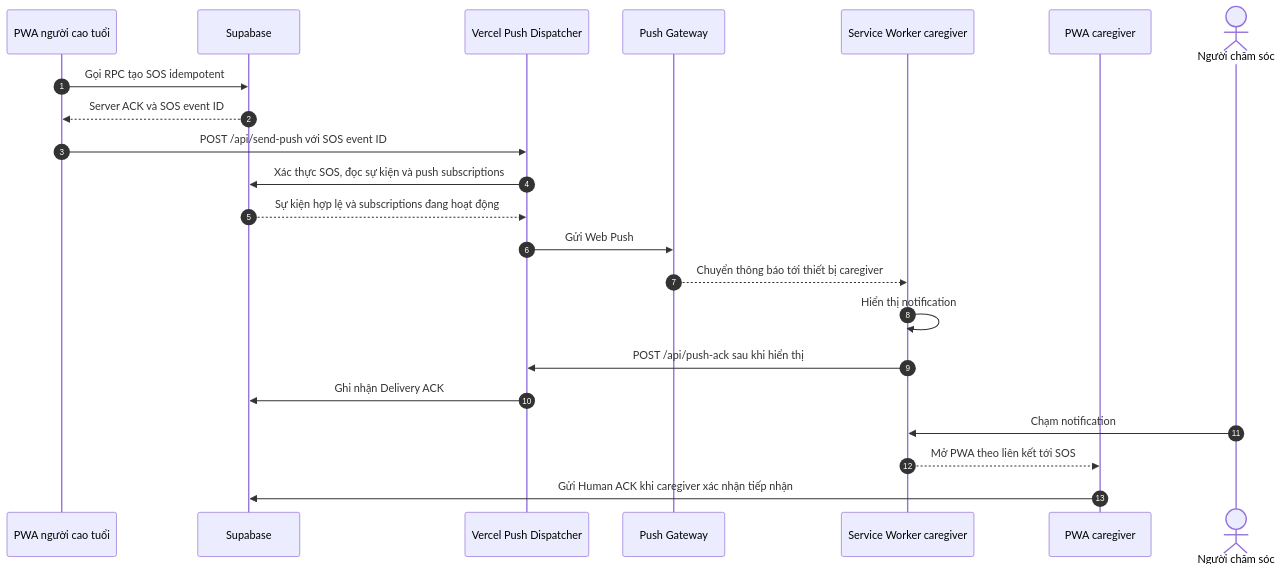
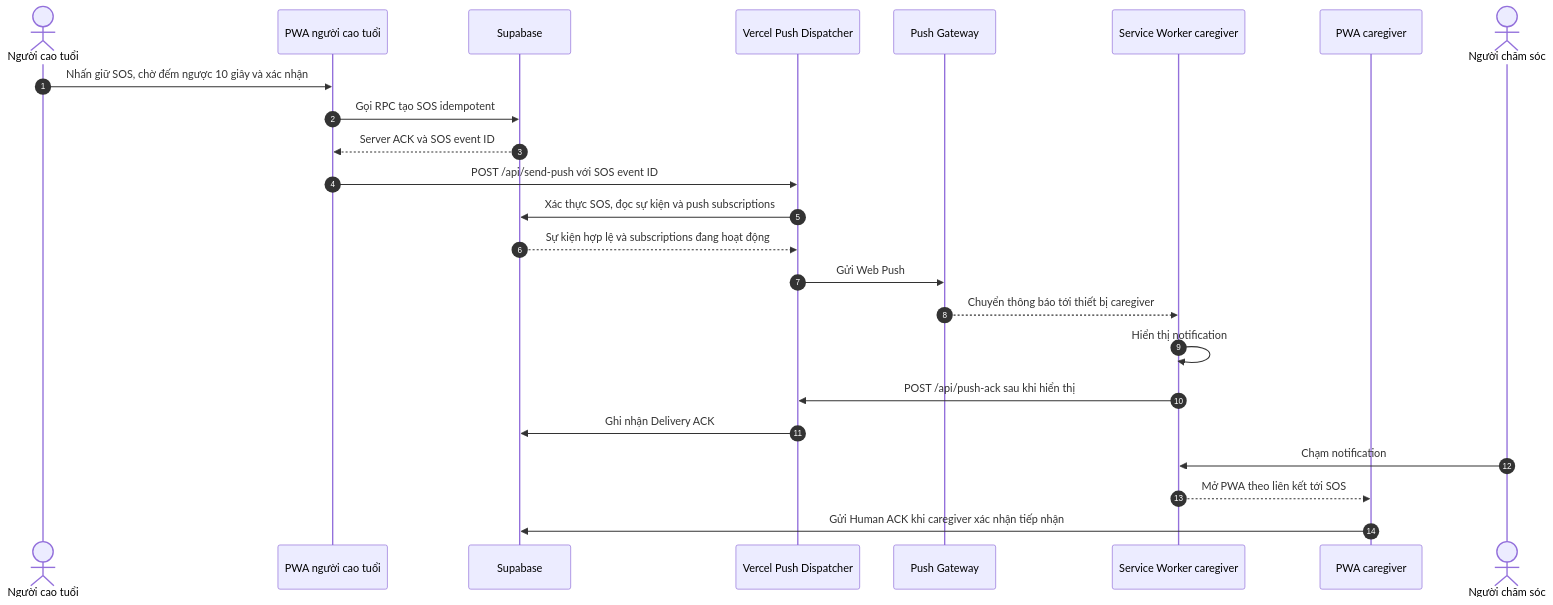
The first of 3 diagrams in README.md (pht1412/SafeCheck-App), drawn with Mermaid before and after one commit.

Commit message:
docs: show elderly SOS action in sequence diagram

````diff
--- a/README.md
+++ b/README.md
@@ -58,25 +58,27 @@
 ```mermaid
 sequenceDiagram
     autonumber
+    actor U as Người cao tuổi
     participant E as PWA người cao tuổi
     participant DB as Supabase
     participant API as Vercel Push Dispatcher
     participant GW as Push Gateway
     participant SW as Service Worker caregiver
     participant C as PWA caregiver
     actor H as Người chăm sóc
 
+    U->>E: Nhấn giữ SOS, chờ đếm ngược 10 giây và xác nhận
     E->>DB: Gọi RPC tạo SOS idempotent
     DB-->>E: Server ACK và SOS event ID
     E->>API: POST /api/send-push với SOS event ID
     API->>DB: Xác thực SOS, đọc sự kiện và push subscriptions
     DB-->>API: Sự kiện hợp lệ và subscriptions đang hoạt động
     API->>GW: Gửi Web Push
     GW-->>SW: Chuyển thông báo tới thiết bị caregiver
     SW->>SW: Hiển thị notification
     SW->>API: POST /api/push-ack sau khi hiển thị
     API->>DB: Ghi nhận Delivery ACK
     H->>SW: Chạm notification
     SW-->>C: Mở PWA theo liên kết tới SOS
     C->>DB: Gửi Human ACK khi caregiver xác nhận tiếp nhận
 ```
````
